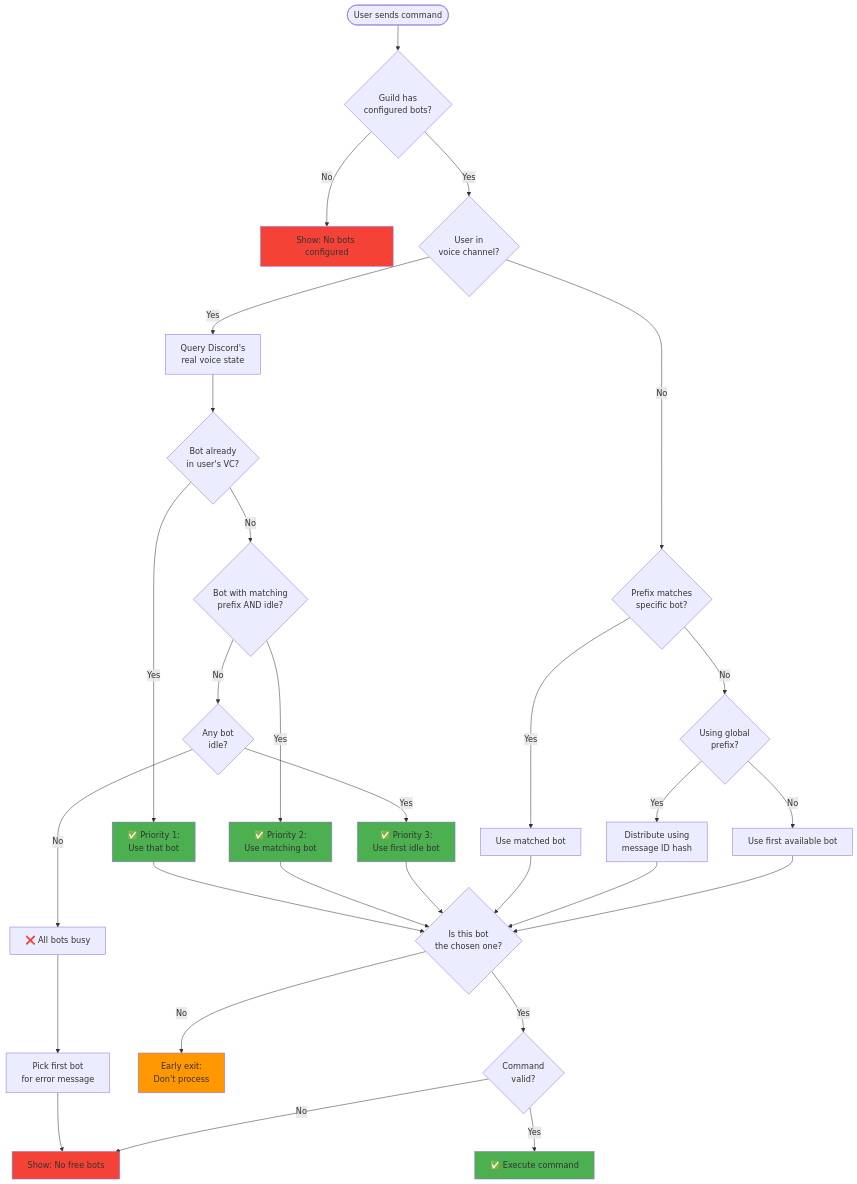
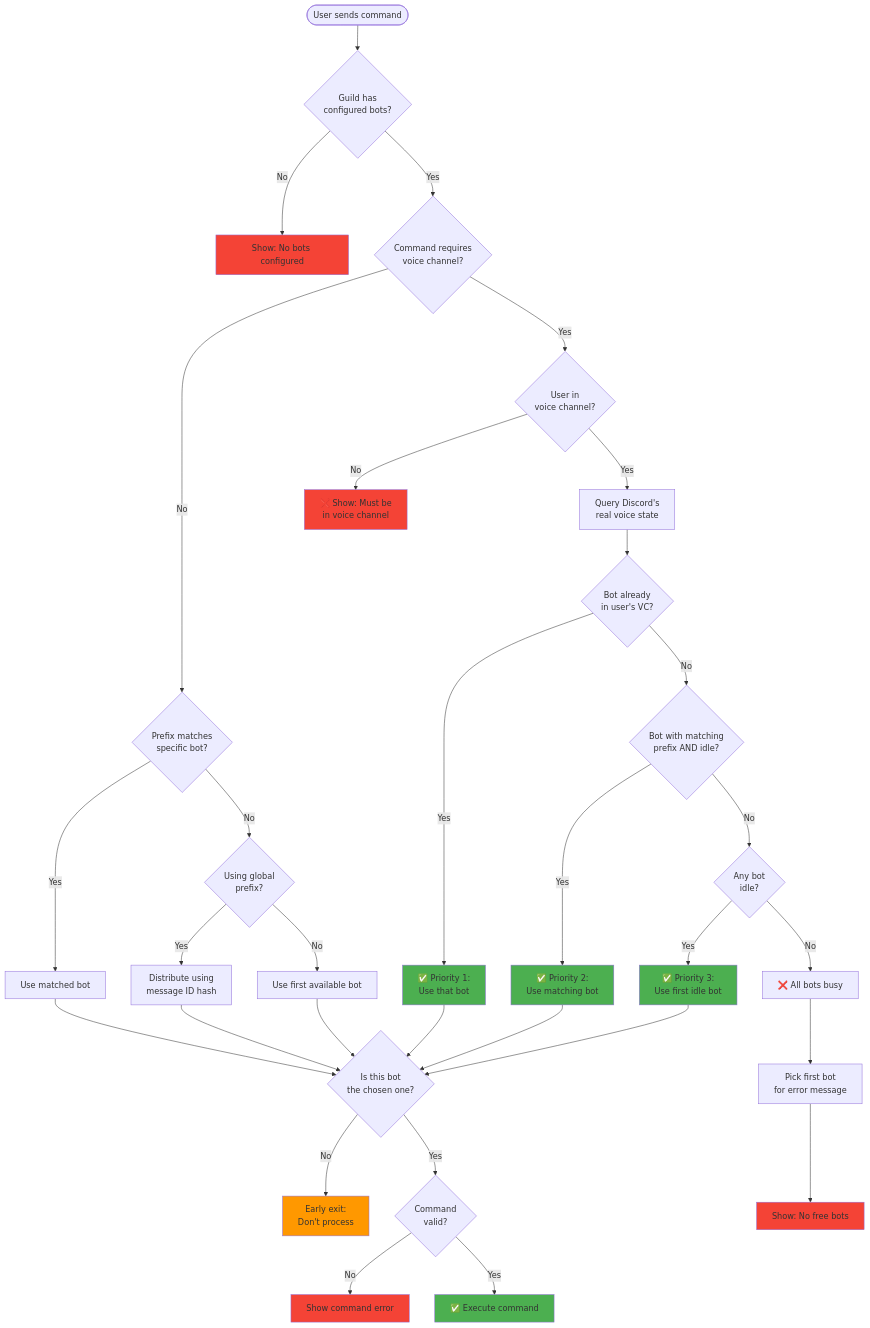
The first of 2 diagrams in README.md (ductridev/multi-distube-bots), drawn with Mermaid before and after one commit.

Commit message:
fix: update democratic voting system flow in README for clarity

````diff
--- a/README.md
+++ b/README.md
@@ -51,47 +51,53 @@
 ```mermaid
 flowchart TD
     Start([User sends command]) --> CheckGuild{Guild has<br/>configured bots?}
     CheckGuild -->|No| Error1[Show: No bots configured]
-    CheckGuild -->|Yes| CheckVC{User in<br/>voice channel?}
+    CheckGuild -->|Yes| CheckCommandType{Command requires<br/>voice channel?}
     
+    CheckCommandType -->|No| CheckPrefixMatch{Prefix matches<br/>specific bot?}
+    CheckCommandType -->|Yes| CheckVC{User in<br/>voice channel?}
+    
+    CheckVC -->|No| ErrorNoVC[❌ Show: Must be<br/>in voice channel]
     CheckVC -->|Yes| QueryState[Query Discord's<br/>real voice state]
+    
     QueryState --> CheckSameVC{Bot already<br/>in user's VC?}
     
     CheckSameVC -->|Yes| UseSameBot[✅ Priority 1:<br/>Use that bot]
     CheckSameVC -->|No| CheckMatchingPrefix{Bot with matching<br/>prefix AND idle?}
     
     CheckMatchingPrefix -->|Yes| UseMatchingBot[✅ Priority 2:<br/>Use matching bot]
     CheckMatchingPrefix -->|No| CheckIdleBot{Any bot<br/>idle?}
     
     CheckIdleBot -->|Yes| UseIdleBot[✅ Priority 3:<br/>Use first idle bot]
     CheckIdleBot -->|No| AllBusy[❌ All bots busy]
     AllBusy --> PickForError[Pick first bot<br/>for error message]
-    PickForError --> ShowError[Show: No free bots]
+    PickForError --> ShowErrorBusy[Show: No free bots]
     
-    CheckVC -->|No| CheckPrefixMatch{Prefix matches<br/>specific bot?}
     CheckPrefixMatch -->|Yes| UseBot[Use matched bot]
     CheckPrefixMatch -->|No| IsGlobalPrefix{Using global<br/>prefix?}
     
     IsGlobalPrefix -->|Yes| HashDistribute[Distribute using<br/>message ID hash]
     IsGlobalPrefix -->|No| UseFirst[Use first available bot]
     
     UseSameBot --> OnlyChosen{Is this bot<br/>the chosen one?}
     UseMatchingBot --> OnlyChosen
     UseIdleBot --> OnlyChosen
     UseBot --> OnlyChosen
     HashDistribute --> OnlyChosen
     UseFirst --> OnlyChosen
     
     OnlyChosen -->|No| EarlyExit[Early exit:<br/>Don't process]
     OnlyChosen -->|Yes| ValidCheck{Command<br/>valid?}
-    ValidCheck -->|No| ShowError
+    ValidCheck -->|No| ShowError[Show command error]
     ValidCheck -->|Yes| Execute[✅ Execute command]
     
     style UseSameBot fill:#4CAF50
     style UseMatchingBot fill:#4CAF50
     style UseIdleBot fill:#4CAF50
     style Execute fill:#4CAF50
     style ShowError fill:#f44336
+    style ShowErrorBusy fill:#f44336
+    style ErrorNoVC fill:#f44336
     style Error1 fill:#f44336
     style EarlyExit fill:#FF9800
 ```
````
